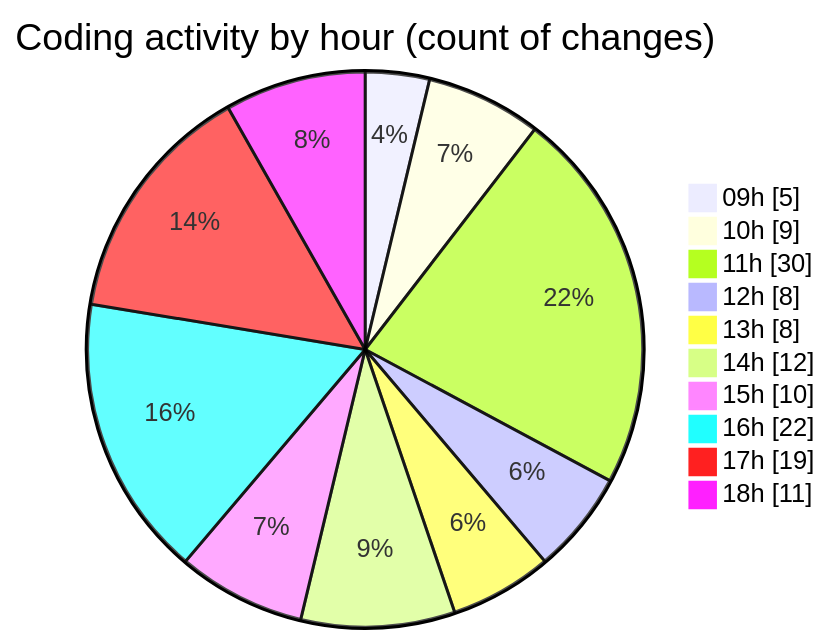
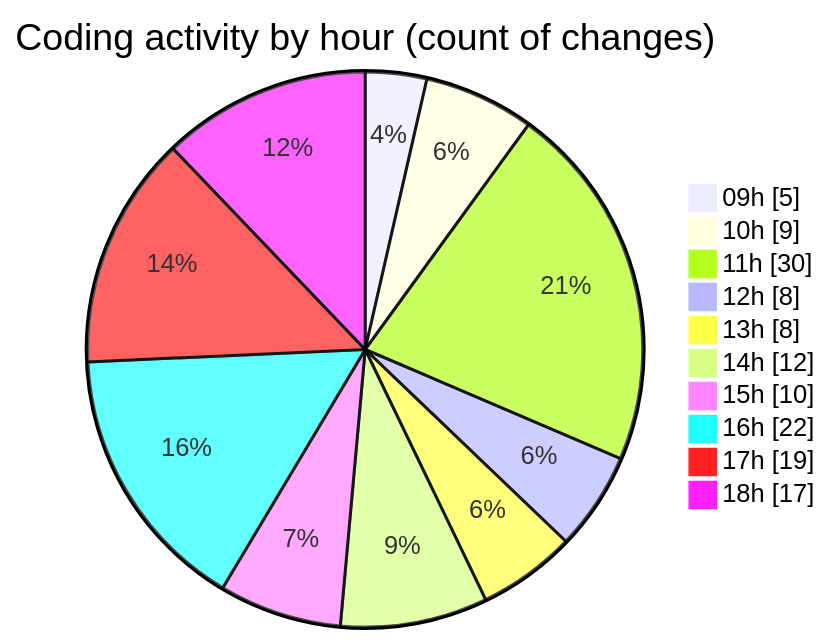
The second of 2 diagrams in 2025-02-03/cda/README.md (momahboobian/code-tracking), drawn with Mermaid before and after one commit. The commit also changed other lines of this file and 1 other file, not shown here.

````diff
--- a/2025-02-03/cda/README.md
+++ b/2025-02-03/cda/README.md
@@ -33,14 +33,14 @@
 ```mermaid
 pie showData
 title Coding activity by hour (count of changes)
 "09h" : 5
 "10h" : 9
 "11h" : 30
 "12h" : 8
 "13h" : 8
 "14h" : 12
 "15h" : 10
 "16h" : 22
 "17h" : 19
-"18h" : 11
+"18h" : 17
 ```
````
